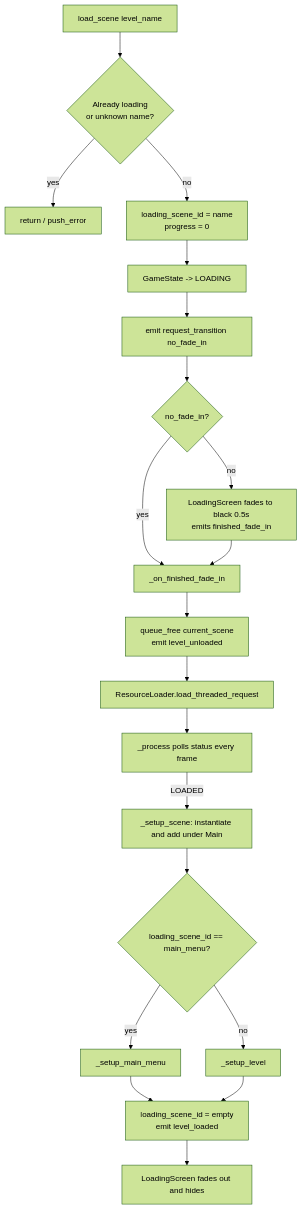
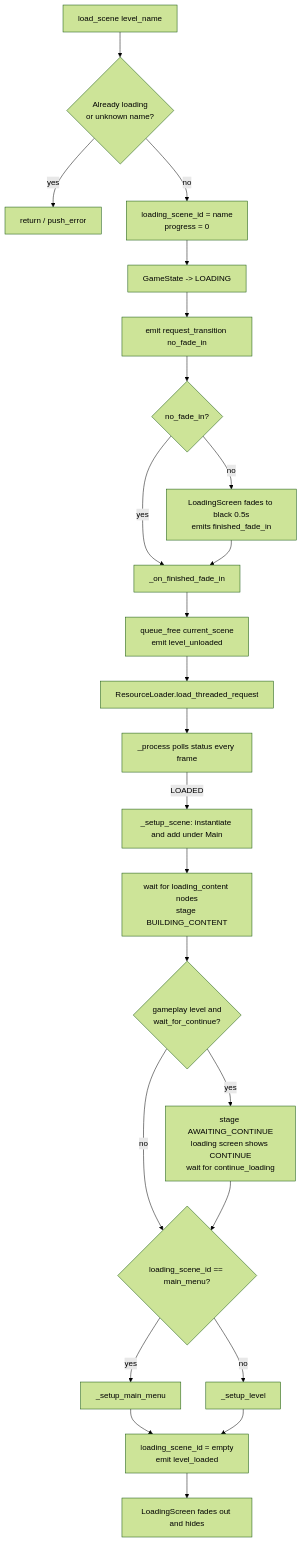
Before and after one commit to m-rafiwidya/Last-Light-NasaSpaceApps: the third of 3 diagrams in game/README.md, drawn with Mermaid (forest theme). The commit also changed other lines of this file and 6 other files, not shown here.

First line of the commit message:
Restyle loading screen

````diff
--- a/game/README.md
+++ b/game/README.md
@@ -375,22 +379,26 @@
 ```mermaid
 flowchart TD
     A[load_scene level_name] --> B{Already loading<br/>or unknown name?}
     B -- yes --> Z[return / push_error]
     B -- no --> C[loading_scene_id = name<br/>progress = 0]
     C --> D[GameState -> LOADING]
     D --> E[emit request_transition no_fade_in]
     E --> F{no_fade_in?}
     F -- yes --> H
     F -- no --> G[LoadingScreen fades to black 0.5s<br/>emits finished_fade_in]
     G --> H[_on_finished_fade_in]
     H --> I[queue_free current_scene<br/>emit level_unloaded]
     I --> J[ResourceLoader.load_threaded_request]
     J --> K[_process polls status every frame]
     K -- LOADED --> L[_setup_scene: instantiate and add under Main]
-    L --> M{loading_scene_id == main_menu?}
+    L --> L2[wait for loading_content nodes<br/>stage BUILDING_CONTENT]
+    L2 --> L3{gameplay level and<br/>wait_for_continue?}
+    L3 -- yes --> L4[stage AWAITING_CONTINUE<br/>loading screen shows CONTINUE<br/>wait for continue_loading]
+    L3 -- no --> M
+    L4 --> M{loading_scene_id == main_menu?}
     M -- yes --> N[_setup_main_menu]
     M -- no --> O[_setup_level]
     N --> P[loading_scene_id = empty<br/>emit level_loaded]
     O --> P
     P --> Q[LoadingScreen fades out and hides]
 ```
````
